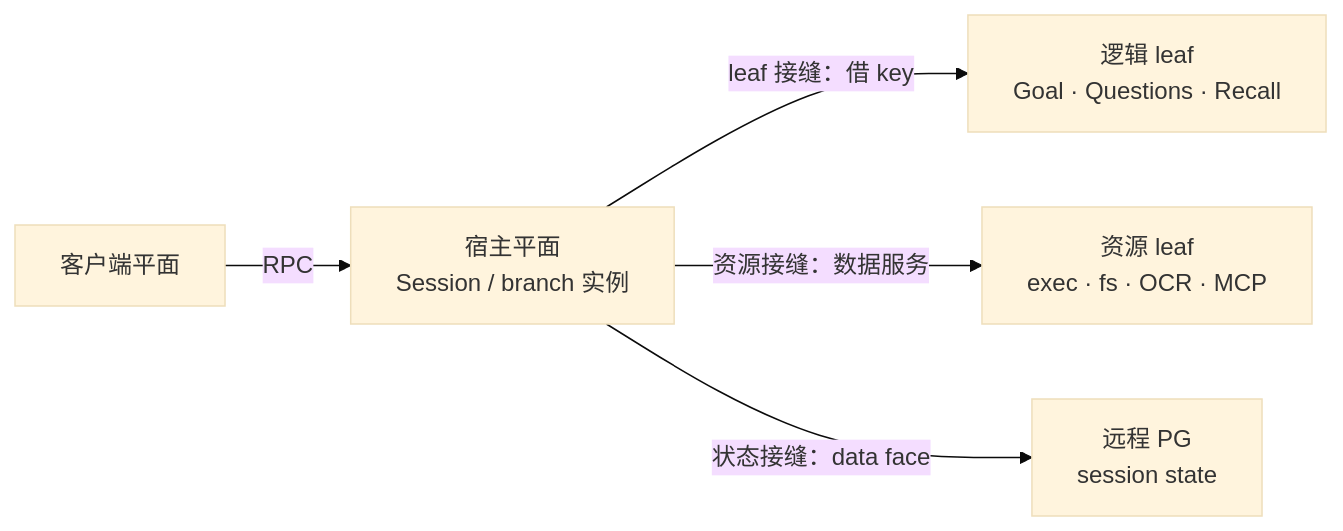
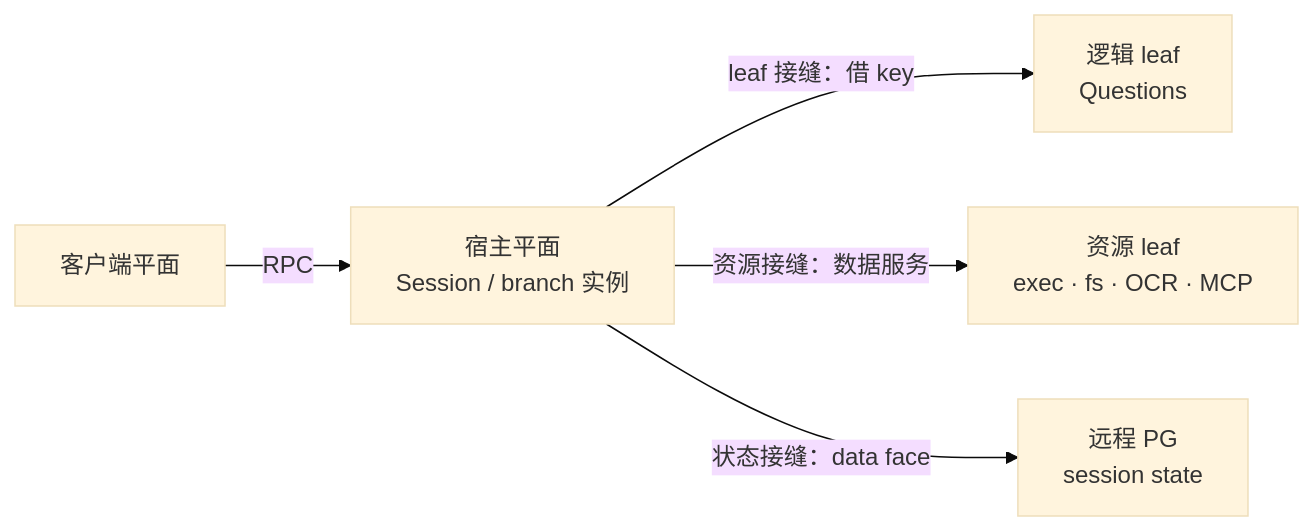
The first of 4 diagrams in docs/design/research/remote-plugins.md (CoutinhoTTS/dim-agent), drawn with Mermaid (base theme) before and after one commit. The commit also changed other lines of this file, not shown here.

First line of the commit message:
docs: keep SessionBroadcastEnd out of the first leaf batch

````diff
--- a/docs/design/research/remote-plugins.md
+++ b/docs/design/research/remote-plugins.md
@@ -74,7 +74,7 @@
 ```mermaid
 flowchart LR
   C["客户端平面"] -->|"RPC"| H["宿主平面<br/>Session / branch 实例"]
-  H -->|"leaf 接缝：借 key"| L["逻辑 leaf<br/>Goal · Questions · Recall"]
+  H -->|"leaf 接缝：借 key"| L["逻辑 leaf<br/>Questions"]
   H -->|"资源接缝：数据服务"| R["资源 leaf<br/>exec · fs · OCR · MCP"]
   H -->|"状态接缝：data face"| D["远程 PG<br/>session state"]
 ```
````
